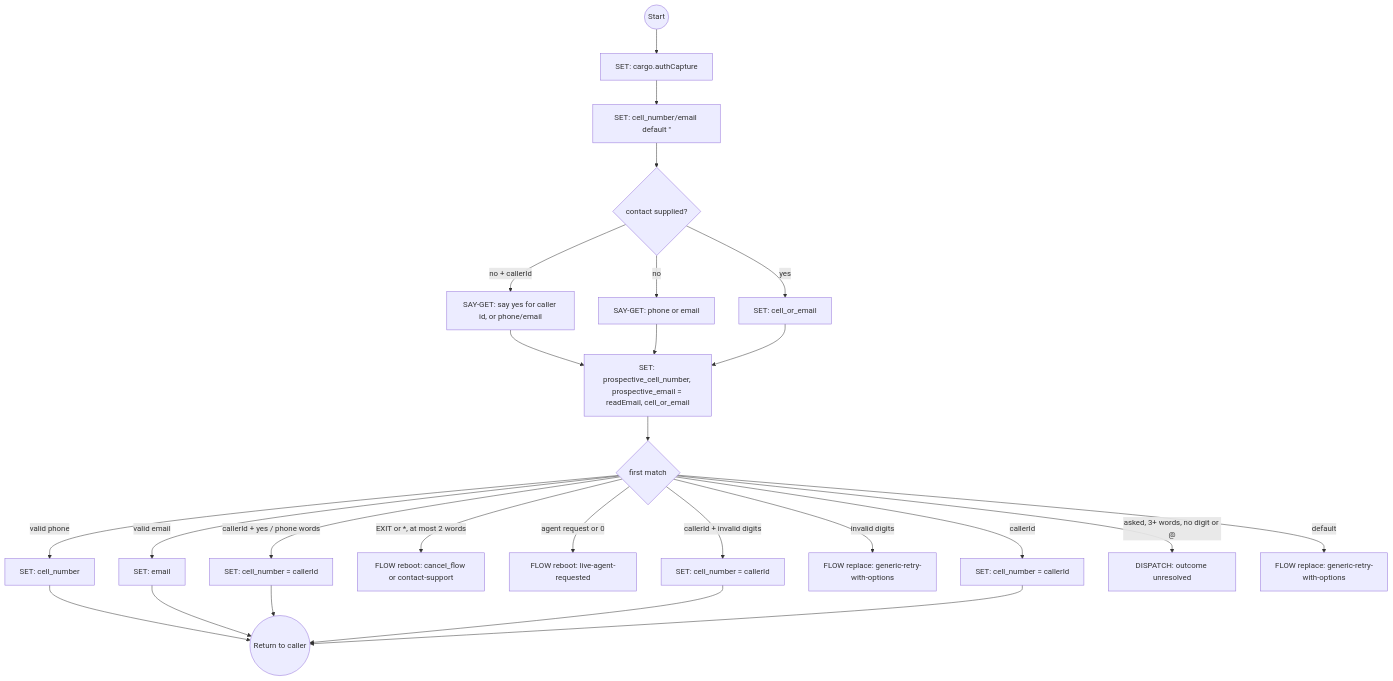
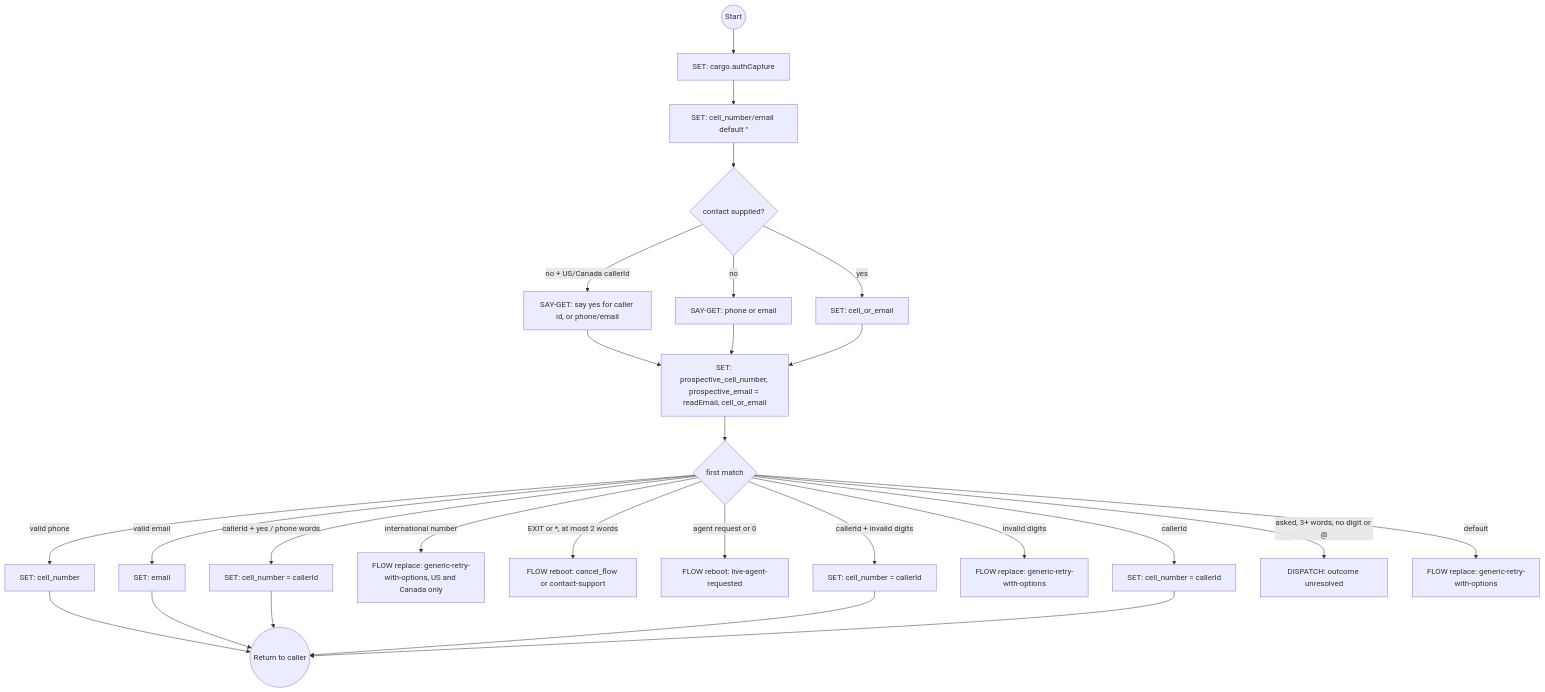
Before and after one commit to ronpinkas/jsfe: the sixth of 22 diagrams in docs/system-flows.md, drawn with Mermaid. The commit also changed other lines of this file and 1 other file, not shown here.

````diff
--- a/docs/system-flows.md
+++ b/docs/system-flows.md
@@ -355,28 +363,29 @@
 ```mermaid
 graph TD
     start((Start)) --> capture_patterns[SET: cargo.authCapture]
     capture_patterns --> guards[SET: cell_number/email default '']
     guards --> ask{contact supplied?}
-    ask -->|no + callerId| ask_with_caller_id[SAY-GET: say yes for caller id, or phone/email]
+    ask -->|no + US/Canada callerId| ask_with_caller_id[SAY-GET: say yes for caller id, or phone/email]
     ask -->|no| ask_plain[SAY-GET: phone or email]
     ask -->|yes| use_provided[SET: cell_or_email]
     ask_with_caller_id --> normalize["SET: prospective_cell_number, prospective_email = readEmail, cell_or_email"]
     ask_plain --> normalize
     use_provided --> normalize
     normalize --> branch{first match}
     branch -->|valid phone| valid_phone[SET: cell_number]
     branch -->|valid email| valid_email[SET: email]
     branch -->|callerId + yes / phone words| use_caller_id[SET: cell_number = callerId]
+    branch -->|international number| international_number["FLOW replace: generic-retry-with-options, US and Canada only"]
     branch -->|EXIT or *, at most 2 words| abort_process["FLOW reboot: cancel_flow or contact-support"]
     branch -->|agent request or 0| goto_live_agent[FLOW reboot: live-agent-requested]
     branch -->|callerId + invalid digits| fallback_invalid[SET: cell_number = callerId]
     branch -->|invalid digits| invalid_phone[FLOW replace: generic-retry-with-options]
     branch -->|callerId| fallback_unrecognized[SET: cell_number = callerId]
     branch -->|asked, 3+ words, no digit or @| off_topic["DISPATCH: outcome unresolved"]
     branch -->|default| retry[FLOW replace: generic-retry-with-options]
     valid_phone --> stop((Return to caller))
     valid_email --> stop
     use_caller_id --> stop
     fallback_invalid --> stop
     fallback_unrecognized --> stop
 ```
````
